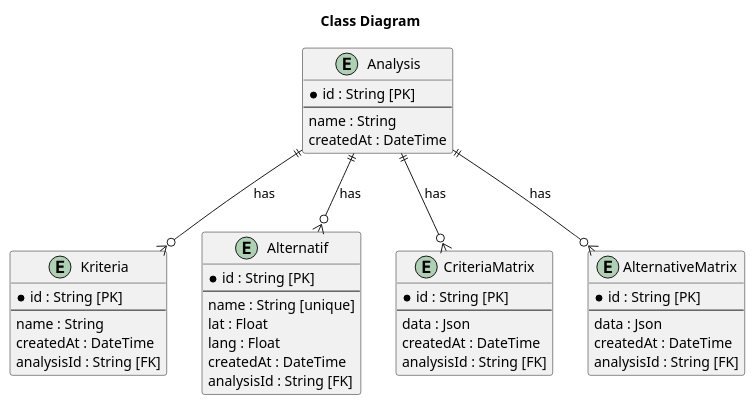
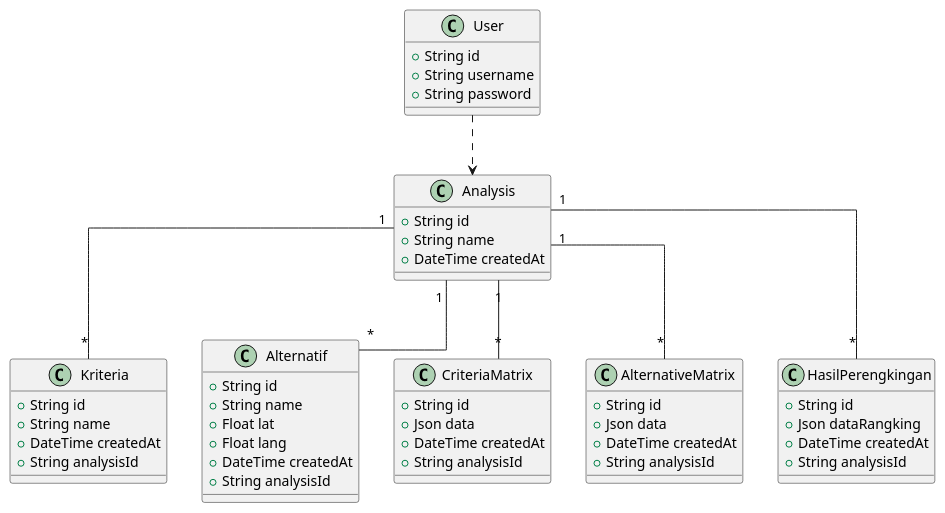
One commit to ren-zi-fa/spk-ahp-gis changed the diagram in diagram/database.puml. Above: the diagram before and after it, drawn with PlantUML. The commit also changed 22 other files, not shown here.

```diff
--- a/diagram/database.puml
+++ b/diagram/database.puml
@@ -1,51 +1,63 @@
-@startuml spk-ahp
-title  Class Diagram
+  @startuml
+  ' Class Diagram My-SPK
+  top to bottom direction
+  skinparam linetype ortho
 
-entity Analysis {
-  *id : String [PK]
-  --
-  name : String
-  createdAt : DateTime
-}
+  class Analysis {
+    +String id
+    +String name
+    +DateTime createdAt
+  }
 
-entity Kriteria {
-  *id : String [PK]
-  --
-  name : String
-  createdAt : DateTime
-  analysisId : String [FK]
-}
+  class Kriteria {
+    +String id
+    +String name
+    +DateTime createdAt
+    +String analysisId
+  }
 
-entity Alternatif {
-  *id : String [PK]
-  --
-  name : String [unique]
-  lat : Float
-  lang : Float
-  createdAt : DateTime
-  analysisId : String [FK]
-}
+  class Alternatif {
+    +String id
+    +String name
+    +Float lat
+    +Float lang
+    +DateTime createdAt
+    +String analysisId
+  }
 
-entity CriteriaMatrix {
-  *id : String [PK]
-  --
-  data : Json
-  createdAt : DateTime
-  analysisId : String [FK]
-}
+  class CriteriaMatrix {
+    +String id
+    +Json data
+    +DateTime createdAt
+    +String analysisId
+  }
 
-entity AlternativeMatrix {
-  *id : String [PK]
-  --
-  data : Json
-  createdAt : DateTime
-  analysisId : String [FK]
-}
+  class AlternativeMatrix {
+    +String id
+    +Json data
+    +DateTime createdAt
+    +String analysisId
+  }
 
-' Relations
-Analysis ||--o{ Kriteria : has
-Analysis ||--o{ Alternatif : has
-Analysis ||--o{ CriteriaMatrix : has
-Analysis ||--o{ AlternativeMatrix : has
+  class HasilPerengkingan {
+    +String id
+    +Json dataRangking
+    +DateTime createdAt
+    +String analysisId
+  }
+  class User {
+    +String id
+    +String username
+    +String password
+  }
 
-@enduml
+  ' Relationships
+
+    User ..> Analysis
+  Analysis "1" -- "*" Kriteria 
+  Analysis "1" -- "*" Alternatif 
+  Analysis "1" -- "*" CriteriaMatrix 
+  Analysis "1" -- "*" AlternativeMatrix 
+  Analysis "1" -- "*" HasilPerengkingan 
+
+  @enduml
```
